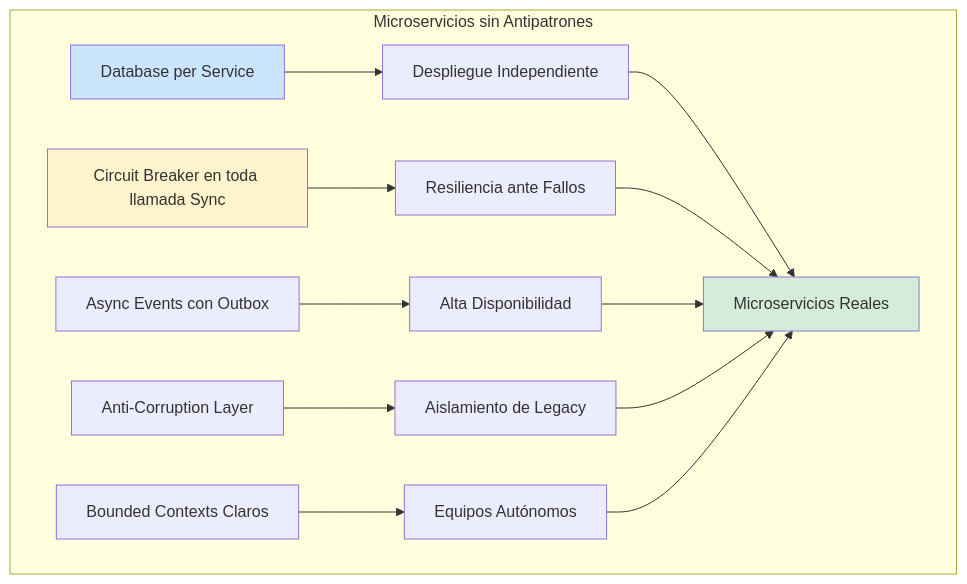
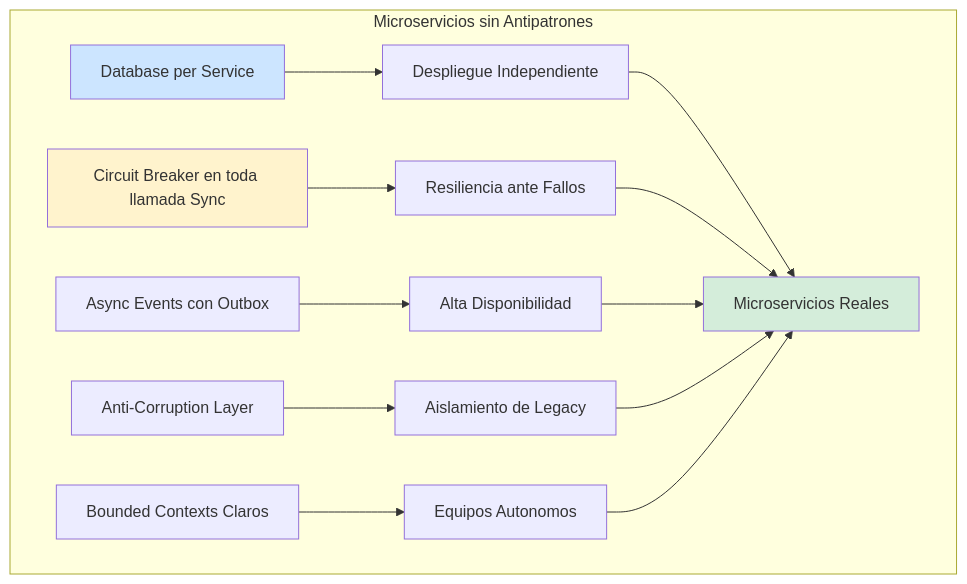
Before and after one commit to Joaquinriosheredia/DAM-Java-Mastery: the fifth of 5 diagrams in 02_Arquitectura/anti-patterns_en_microservicios_y_como_evitarlos_con_java_21_STAFF.md, drawn with Mermaid. The commit also changed other lines of this file, not shown here.

````diff
--- a/02_Arquitectura/anti-patterns_en_microservicios_y_como_evitarlos_con_java_21_STAFF.md
+++ b/02_Arquitectura/anti-patterns_en_microservicios_y_como_evitarlos_con_java_21_STAFF.md
@@ -505,26 +747,26 @@
 ```mermaid
 graph TD
     subgraph "Microservicios sin Antipatrones"
         DBC[Database per Service]
         CB[Circuit Breaker en toda llamada Sync]
         ASYNC[Async Events con Outbox]
         ACL[Anti-Corruption Layer]
         BC[Bounded Contexts Claros]
 
         DBC --> INDEP[Despliegue Independiente]
         CB --> RESIL[Resiliencia ante Fallos]
         ASYNC --> AVAIL[Alta Disponibilidad]
         ACL --> ISOL[Aislamiento de Legacy]
-        BC --> CLARITY[Equipos Autónomos]
+        BC --> CLARITY[Equipos Autonomos]
 
         INDEP --> GOAL[Microservicios Reales]
         RESIL --> GOAL
         AVAIL --> GOAL
         ISOL --> GOAL
         CLARITY --> GOAL
     end
     
     style GOAL fill:#d4edda
     style DBC fill:#cce5ff
     style CB fill:#fff3cd
 ```
````
